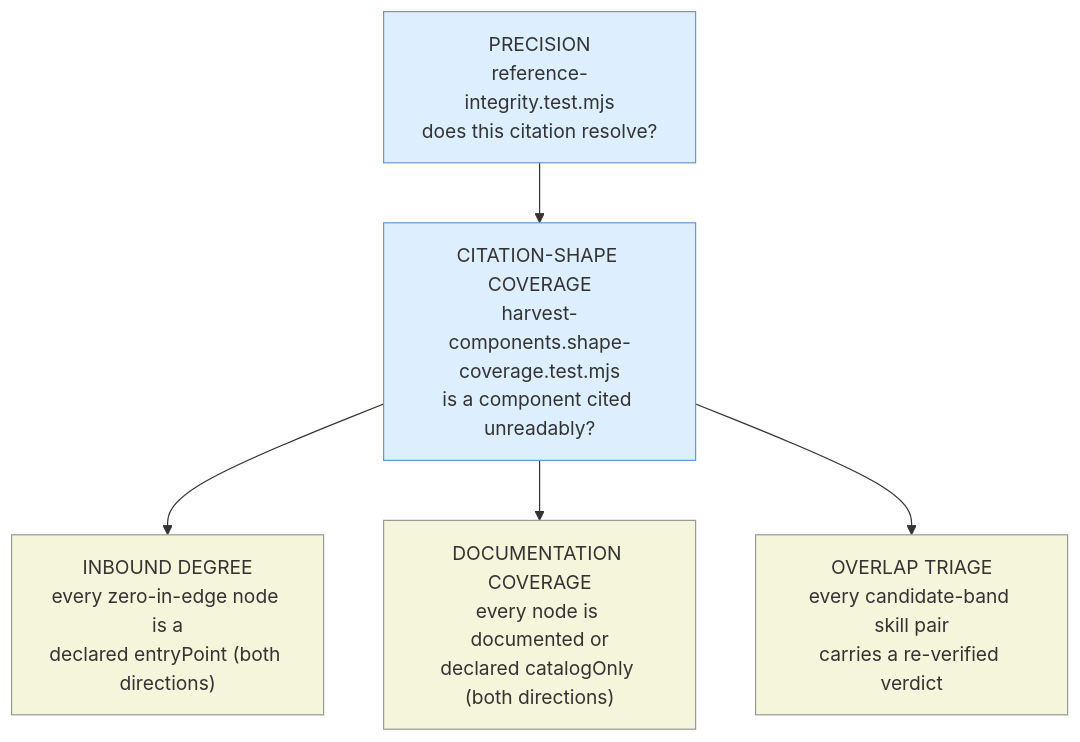
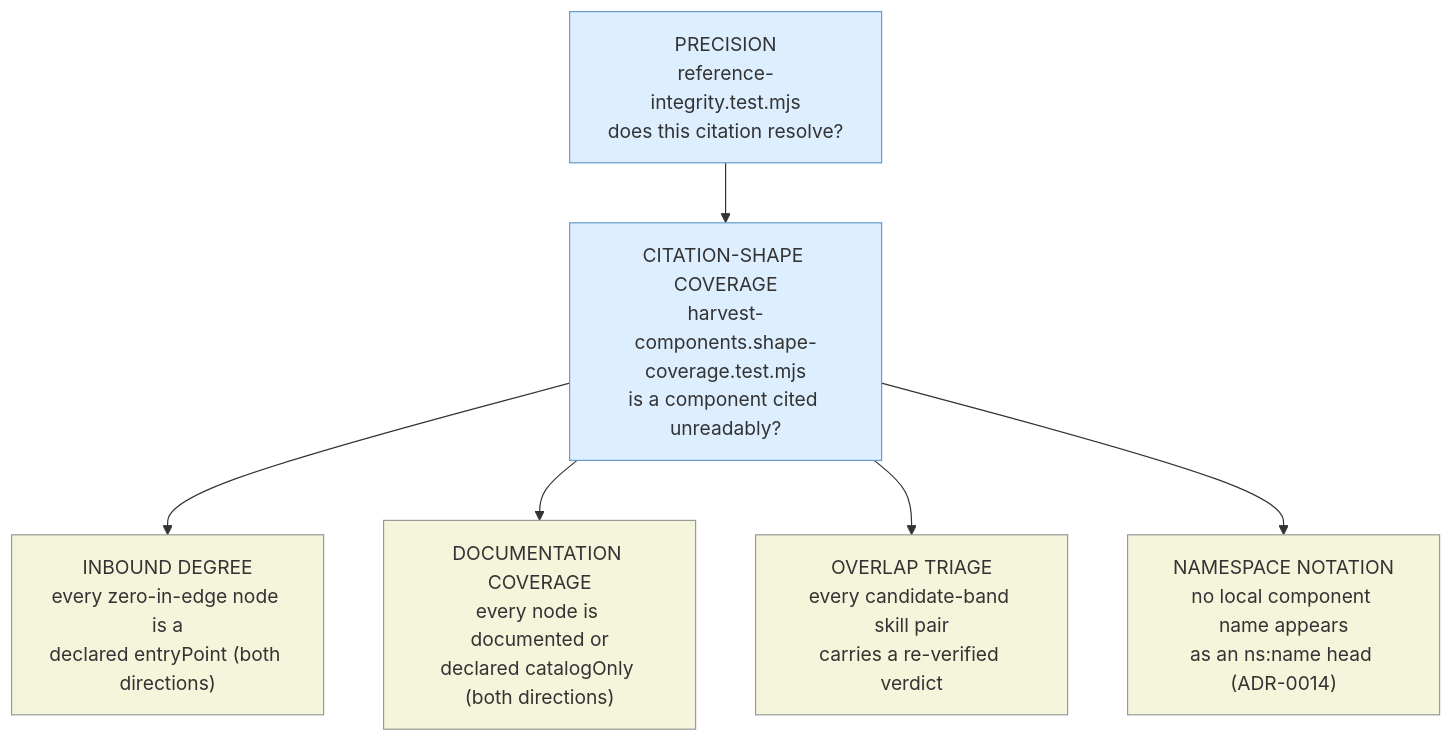
One commit to TeamClyde/clydes_claude changed the fourth of 4 diagrams in docs/explanation/features/tool-authoring.md. Above: the diagram before and after it, drawn with Mermaid. The commit also changed other lines of this file and 2 other files, not shown here.

````diff
--- a/docs/explanation/features/tool-authoring.md
+++ b/docs/explanation/features/tool-authoring.md
@@ -173,13 +175,15 @@
 ```mermaid
 flowchart TB
     A["PRECISION<br/>reference-integrity.test.mjs<br/>does this citation resolve?"] --> B["CITATION-SHAPE COVERAGE<br/>harvest-components.shape-coverage.test.mjs<br/>is a component cited unreadably?"]
     B --> C["INBOUND DEGREE<br/>every zero-in-edge node is a<br/>declared entryPoint (both directions)"]
     B --> D["DOCUMENTATION COVERAGE<br/>every node is documented or<br/>declared catalogOnly (both directions)"]
     B --> E["OVERLAP TRIAGE<br/>every candidate-band skill pair<br/>carries a re-verified verdict"]
+    B --> F["NAMESPACE NOTATION<br/>no local component name appears<br/>as an ns:name head (ADR-0014)"]
 
     style A fill:#ddeeff,stroke:#6699cc
     style B fill:#ddeeff,stroke:#6699cc
     style C fill:#f5f5dc,stroke:#999
     style D fill:#f5f5dc,stroke:#999
     style E fill:#f5f5dc,stroke:#999
+    style F fill:#f5f5dc,stroke:#999
 ```
````
